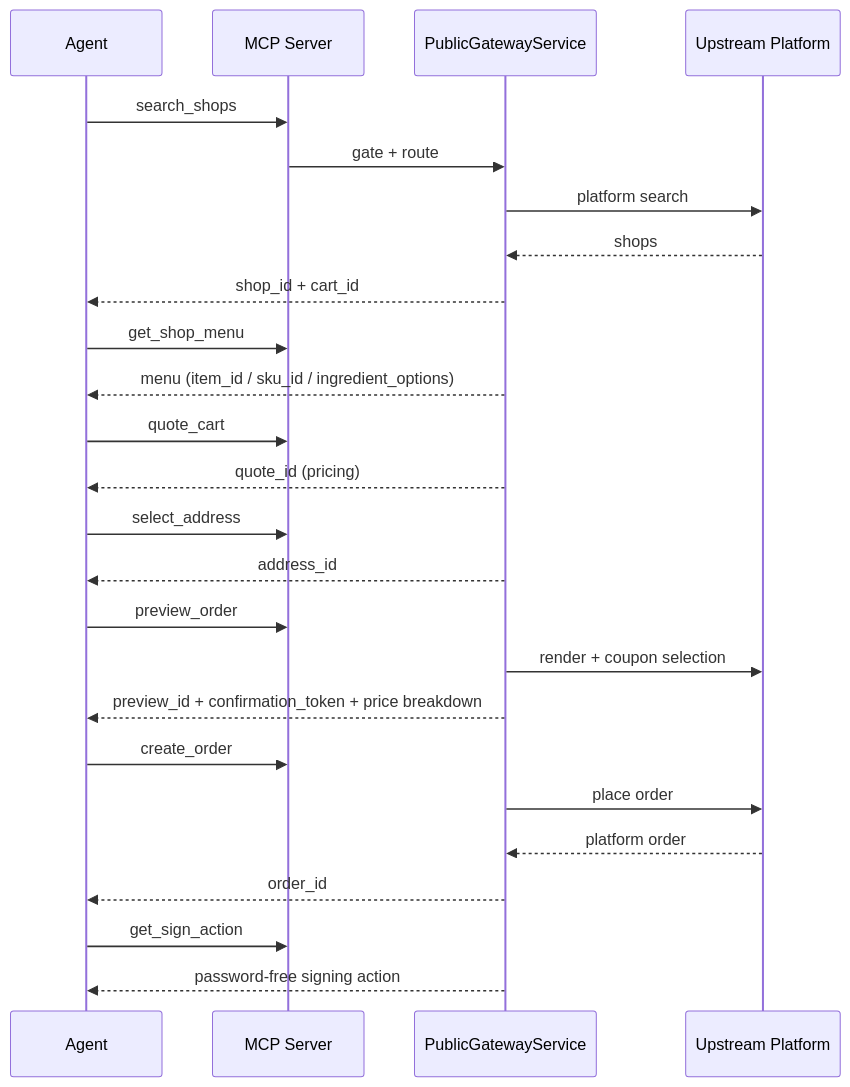
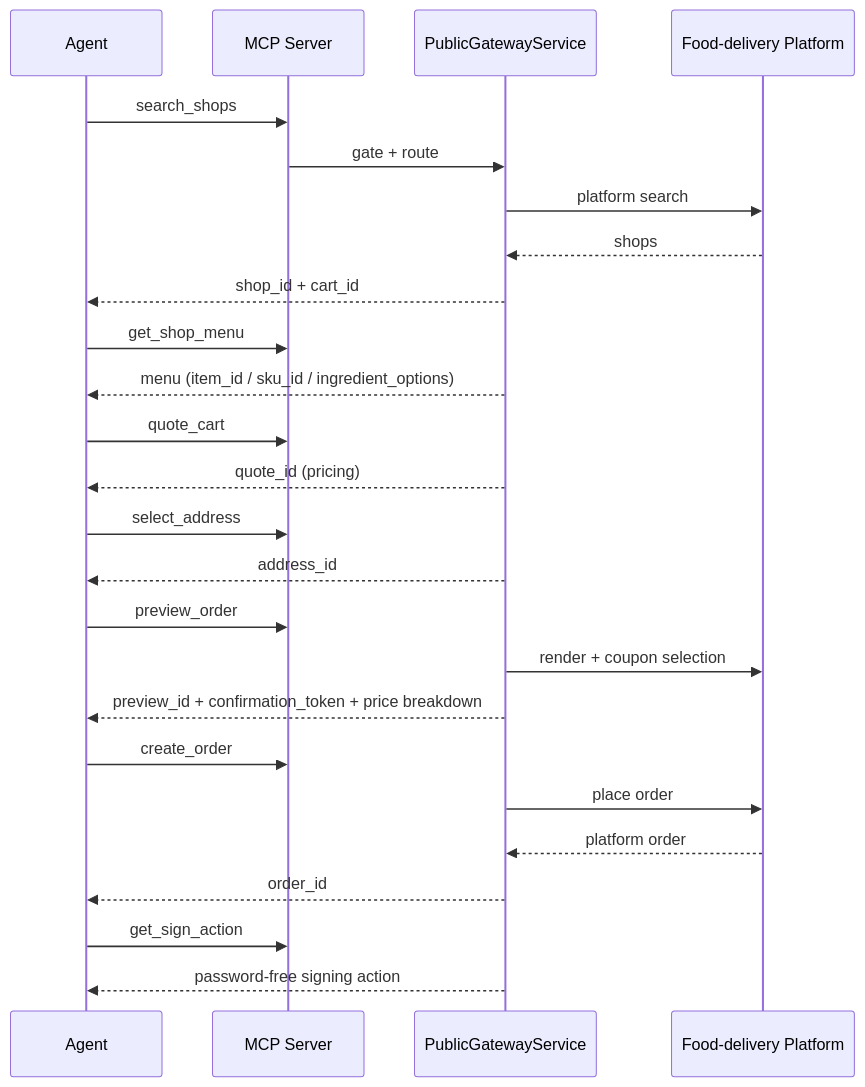
The third of 3 diagrams in en/gateway/architecture.mdx (clawdot/docs), drawn with Mermaid before and after one commit. The commit also changed other lines of this file and 88 other files, not shown here.

````diff
--- a/en/gateway/architecture.mdx
+++ b/en/gateway/architecture.mdx
@@ -122,34 +122,34 @@
 ```mermaid
 sequenceDiagram
   participant Agent
   participant GW as MCP Server
   participant Svc as PublicGatewayService
-  participant Up as Upstream Platform
+  participant Up as Food-delivery Platform
 
   Agent->>GW: search_shops
   GW->>Svc: gate + route
   Svc->>Up: platform search
   Up-->>Svc: shops
   Svc-->>Agent: shop_id + cart_id
 
   Agent->>GW: get_shop_menu
   Svc-->>Agent: menu (item_id / sku_id / ingredient_options)
 
   Agent->>GW: quote_cart
   Svc-->>Agent: quote_id (pricing)
 
   Agent->>GW: select_address
   Svc-->>Agent: address_id
 
   Agent->>GW: preview_order
   Svc->>Up: render + coupon selection
   Svc-->>Agent: preview_id + confirmation_token + price breakdown
 
   Agent->>GW: create_order
   Svc->>Up: place order
   Up-->>Svc: platform order
   Svc-->>Agent: order_id
 
   Agent->>GW: get_sign_action
   Svc-->>Agent: password-free signing action
 ```
````
